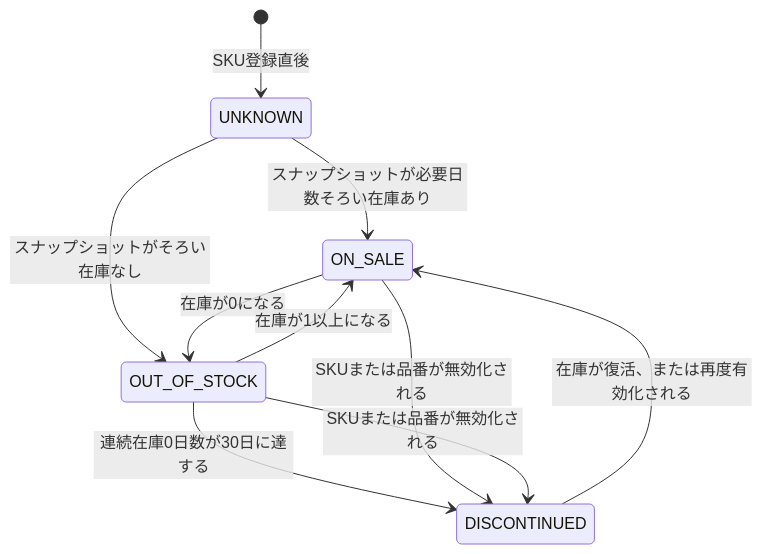
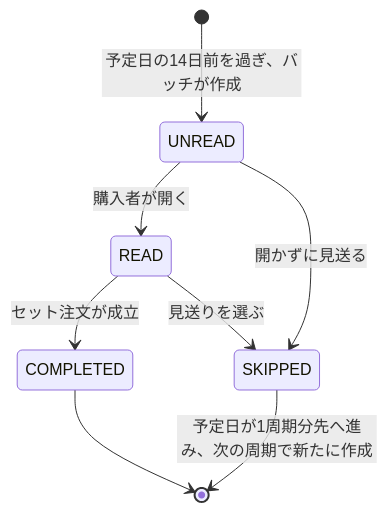
The tenth of 11 diagrams in 設計仕様書.md (Nagaoka122/tech0-lv3-ec), drawn with Mermaid before and after one commit. The commit also changed other lines of this file and 3 other files, not shown here.

````diff
--- a/設計仕様書.md
+++ b/設計仕様書.md
@@ -673,12 +798,10 @@
 ```mermaid
 stateDiagram-v2
-    [*] --> UNKNOWN : SKU登録直後
-    UNKNOWN --> ON_SALE : スナップショットが必要日数そろい在庫あり
-    UNKNOWN --> OUT_OF_STOCK : スナップショットがそろい在庫なし
-    ON_SALE --> OUT_OF_STOCK : 在庫が0になる
-    OUT_OF_STOCK --> ON_SALE : 在庫が1以上になる
-    OUT_OF_STOCK --> DISCONTINUED : 連続在庫0日数が30日に達する
-    ON_SALE --> DISCONTINUED : SKUまたは品番が無効化される
-    OUT_OF_STOCK --> DISCONTINUED : SKUまたは品番が無効化される
-    DISCONTINUED --> ON_SALE : 在庫が復活、または再度有効化される
+    [*] --> UNREAD : 予定日の14日前を過ぎ、バッチが作成
+    UNREAD --> READ : 購入者が開く
+    READ --> COMPLETED : セット注文が成立
+    READ --> SKIPPED : 見送りを選ぶ
+    UNREAD --> SKIPPED : 開かずに見送る
+    COMPLETED --> [*]
+    SKIPPED --> [*] : 予定日が1周期分先へ進み、次の周期で新たに作成
 ```
````
